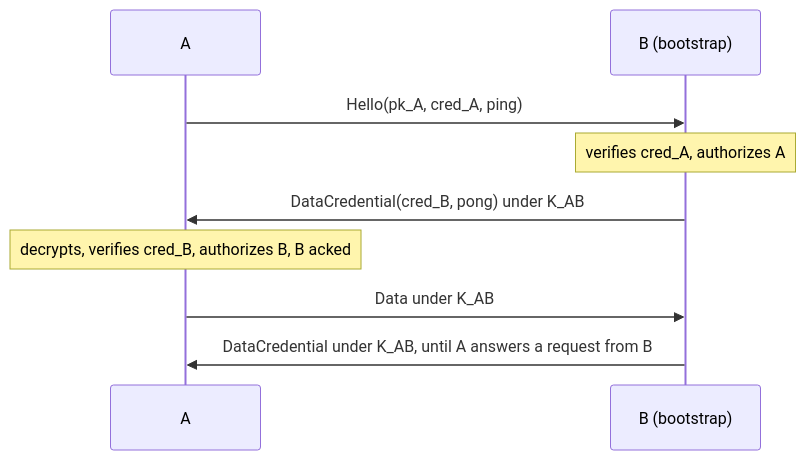
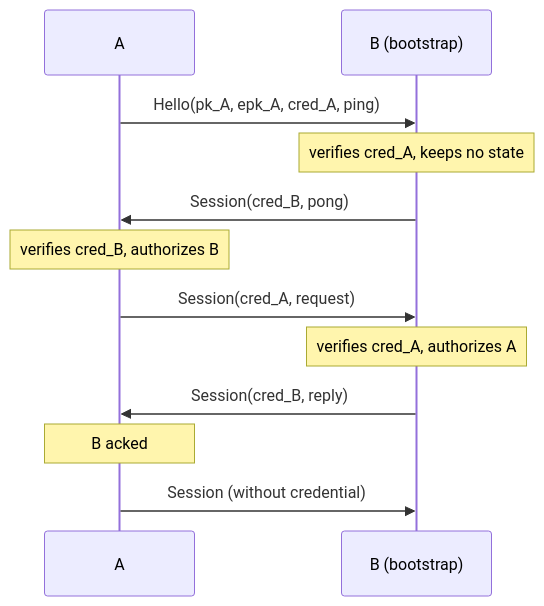
One commit to savoirfairelinux/opendht changed the second of 2 diagrams in docs/transport-crypto.md. Above: the diagram before and after it, drawn with Mermaid. The commit also changed other lines of this file, not shown here.

````diff
--- a/docs/transport-crypto.md
+++ b/docs/transport-crypto.md
@@ -274,11 +312,14 @@
 ```mermaid
 sequenceDiagram
     participant A
     participant B as B (bootstrap)
-    A->>B: Hello(pk_A, cred_A, ping)
+    A->>B: Hello(pk_A, epk_A, cred_A, ping)
+    Note over B: verifies cred_A, keeps no state
+    B->>A: Session(cred_B, pong)
+    Note over A: verifies cred_B, authorizes B
+    A->>B: Session(cred_A, request)
     Note over B: verifies cred_A, authorizes A
-    B->>A: DataCredential(cred_B, pong) under K_AB
-    Note over A: decrypts, verifies cred_B, authorizes B, B acked
-    A->>B: Data under K_AB
-    B->>A: DataCredential under K_AB, until A answers a request from B
+    B->>A: Session(cred_B, reply)
+    Note over A: B acked
+    A->>B: Session (without credential)
 ```
````
